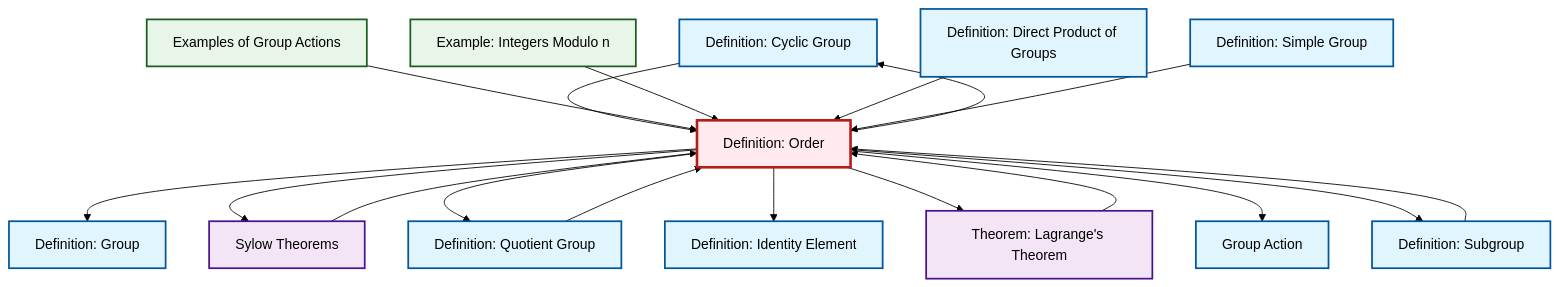
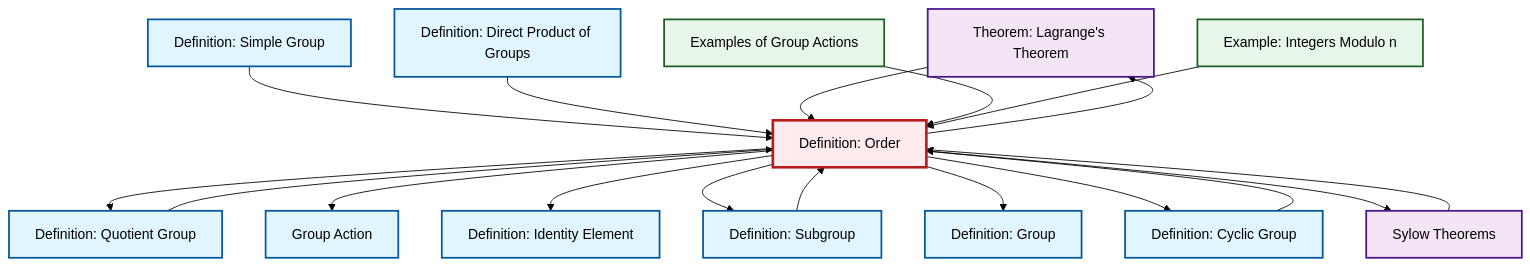
The diagram in content/ja/algebra/def-order.qmd (RK0429/ModernMath), drawn with Mermaid (forest theme) before and after one commit. The commit also changed other lines of this file and 619 other files, not shown here.

````diff
--- a/content/ja/algebra/def-order.qmd
+++ b/content/ja/algebra/def-order.qmd
@@ -112,52 +112,52 @@
 ```{mermaid}
 %%| fig-cap: "Local dependency graph"
 graph TD
     classDef definition fill:#e1f5fe,stroke:#01579b,stroke-width:2px
     classDef theorem fill:#f3e5f5,stroke:#4a148c,stroke-width:2px
     classDef axiom fill:#fff3e0,stroke:#e65100,stroke-width:2px
     classDef example fill:#e8f5e9,stroke:#1b5e20,stroke-width:2px
     classDef current fill:#ffebee,stroke:#b71c1c,stroke-width:3px
+    thm-lagrange["Theorem: Lagrange's Theorem"]:::theorem
+    def-group["Definition: Group"]:::definition
+    def-cyclic-group["Definition: Cyclic Group"]:::definition
+    def-simple-group["Definition: Simple Group"]:::definition
+    def-subgroup["Definition: Subgroup"]:::definition
+    def-quotient-group["Definition: Quotient Group"]:::definition
+    ex-quotient-integers-mod-n["Example: Integers Modulo n"]:::example
+    def-group-action["Group Action"]:::definition
+    thm-sylow["Sylow Theorems"]:::theorem
+    def-order["Definition: Order"]:::definition
+    ex-group-action-examples["Examples of Group Actions"]:::example
     def-identity-element["Definition: Identity Element"]:::definition
-    def-cyclic-group["Definition: Cyclic Group"]:::definition
-    def-order["Definition: Order"]:::definition
-    def-group-action["Group Action"]:::definition
-    thm-lagrange["Theorem: Lagrange's Theorem"]:::theorem
-    def-simple-group["Definition: Simple Group"]:::definition
-    thm-sylow["Sylow Theorems"]:::theorem
-    ex-quotient-integers-mod-n["Example: Integers Modulo n"]:::example
-    ex-group-action-examples["Examples of Group Actions"]:::example
-    def-quotient-group["Definition: Quotient Group"]:::definition
-    def-subgroup["Definition: Subgroup"]:::definition
     def-direct-product["Definition: Direct Product of Groups"]:::definition
-    def-group["Definition: Group"]:::definition
+    def-simple-group --> def-order
+    def-quotient-group --> def-order
+    def-order --> def-quotient-group
+    def-order --> def-group-action
+    thm-sylow --> def-order
+    def-order --> thm-lagrange
     def-cyclic-group --> def-order
+    def-order --> def-identity-element
+    def-order --> def-subgroup
+    def-direct-product --> def-order
     thm-lagrange --> def-order
     def-order --> def-group
+    ex-group-action-examples --> def-order
+    def-order --> def-cyclic-group
+    ex-quotient-integers-mod-n --> def-order
     def-subgroup --> def-order
-    thm-sylow --> def-order
     def-order --> thm-sylow
-    def-order --> def-quotient-group
-    def-order --> def-cyclic-group
-    ex-group-action-examples --> def-order
-    ex-quotient-integers-mod-n --> def-order
-    def-order --> def-identity-element
-    def-order --> thm-lagrange
-    def-order --> def-group-action
-    def-order --> def-subgroup
-    def-direct-product --> def-order
-    def-quotient-group --> def-order
-    def-simple-group --> def-order
     class def-order current
+    click thm-lagrange "thm-lagrange.html" "Theorem: Lagrange's Theoremへ"
+    click def-group "def-group.html" "Definition: Groupへ"
+    click def-cyclic-group "def-cyclic-group.html" "Definition: Cyclic Groupへ"
+    click def-simple-group "def-simple-group.html" "Definition: Simple Groupへ"
+    click def-subgroup "def-subgroup.html" "Definition: Subgroupへ"
+    click def-quotient-group "def-quotient-group.html" "Definition: Quotient Groupへ"
+    click ex-quotient-integers-mod-n "ex-quotient-integers-mod-n.html" "Example: Integers Modulo nへ"
+    click def-group-action "def-group-action.html" "Group Actionへ"
+    click thm-sylow "thm-sylow.html" "Sylow Theoremsへ"
+    click ex-group-action-examples "ex-group-action-examples.html" "Examples of Group Actionsへ"
     click def-identity-element "def-identity-element.html" "Definition: Identity Elementへ"
-    click def-cyclic-group "def-cyclic-group.html" "Definition: Cyclic Groupへ"
-    click def-group-action "def-group-action.html" "Group Actionへ"
-    click thm-lagrange "thm-lagrange.html" "Theorem: Lagrange's Theoremへ"
-    click def-simple-group "def-simple-group.html" "Definition: Simple Groupへ"
-    click thm-sylow "thm-sylow.html" "Sylow Theoremsへ"
-    click ex-quotient-integers-mod-n "ex-quotient-integers-mod-n.html" "Example: Integers Modulo nへ"
-    click ex-group-action-examples "ex-group-action-examples.html" "Examples of Group Actionsへ"
-    click def-quotient-group "def-quotient-group.html" "Definition: Quotient Groupへ"
-    click def-subgroup "def-subgroup.html" "Definition: Subgroupへ"
     click def-direct-product "def-direct-product.html" "Definition: Direct Product of Groupsへ"
-    click def-group "def-group.html" "Definition: Groupへ"
 ```
````
